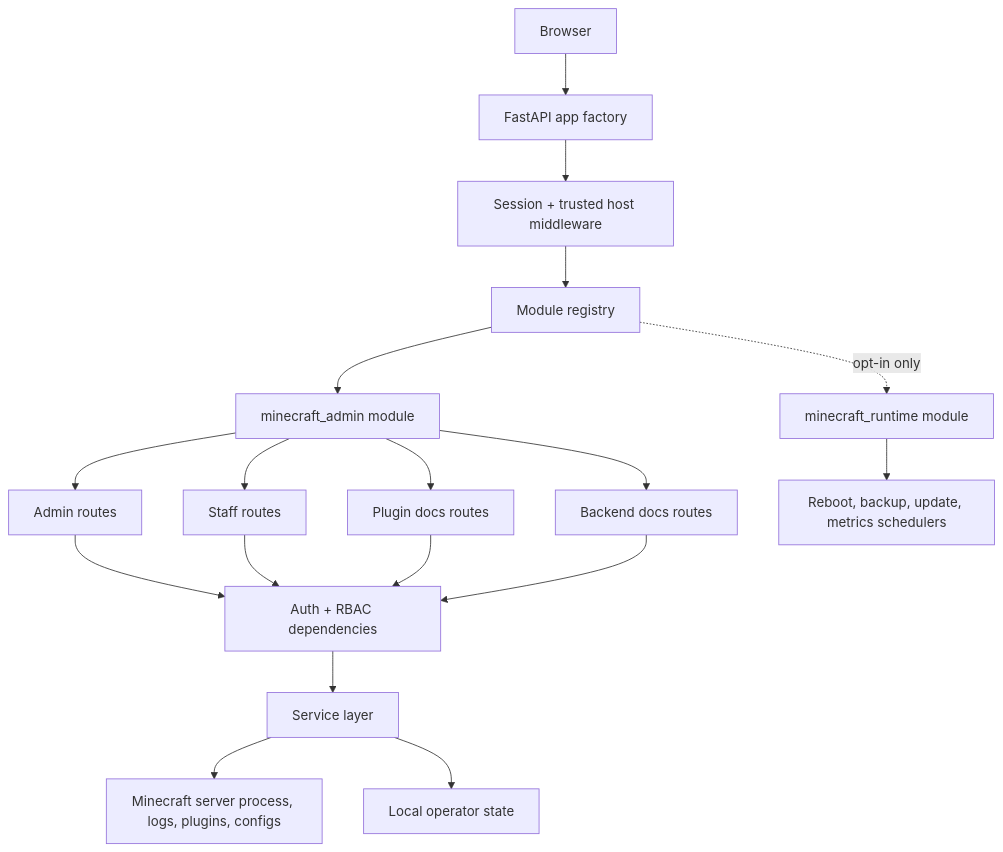
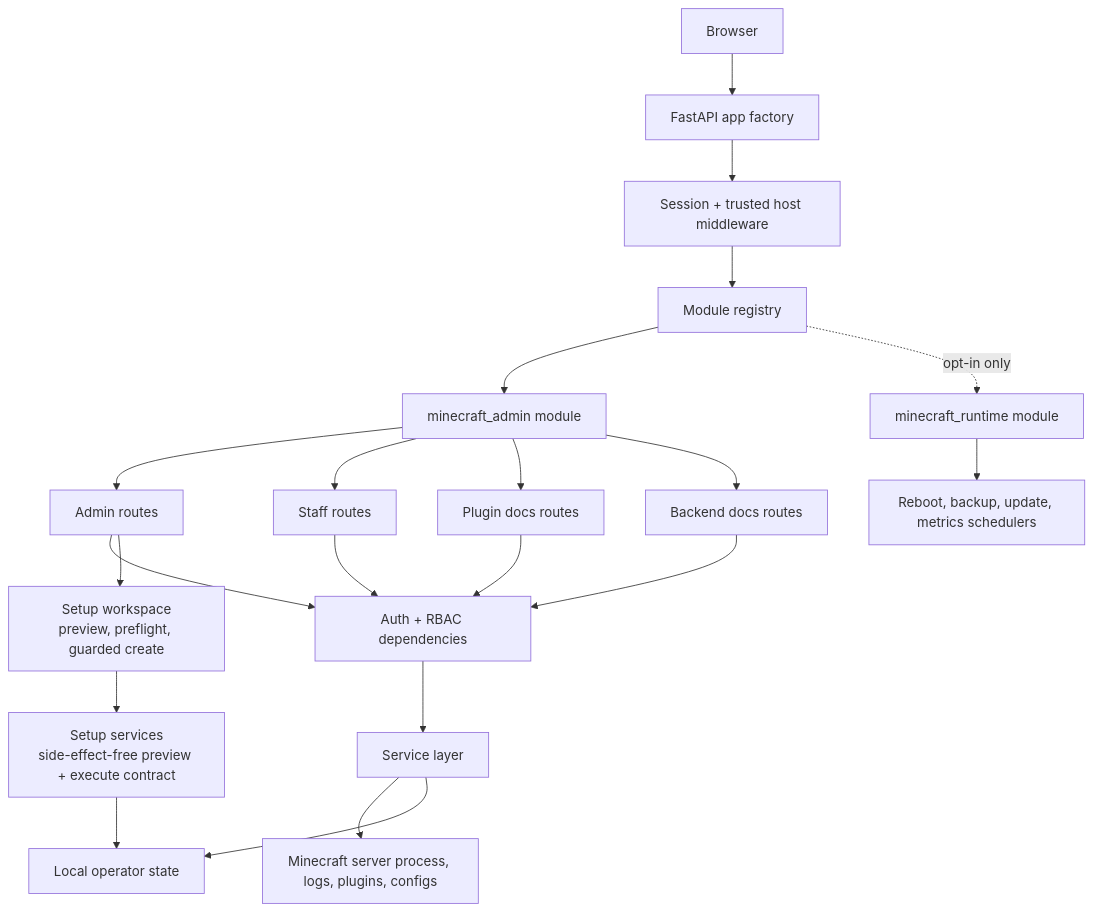
Before and after one commit to TodLop/CORA-Outpost: the second of 6 diagrams in README.md, drawn with Mermaid. The commit also changed other lines of this file and 19 other files, not shown here.

First line of the commit message:
Expose setup workspace in public extraction

````diff
--- a/README.md
+++ b/README.md
@@ -134,25 +138,28 @@
 ```mermaid
 flowchart TD
     Browser["Browser"] --> App["FastAPI app factory"]
     App --> Middleware["Session + trusted host middleware"]
     Middleware --> Registry["Module registry"]
 
     Registry --> AdminModule["minecraft_admin module"]
     Registry -. "opt-in only" .-> RuntimeModule["minecraft_runtime module"]
 
     AdminModule --> AdminRoutes["Admin routes"]
     AdminModule --> StaffRoutes["Staff routes"]
     AdminModule --> PluginDocs["Plugin docs routes"]
     AdminModule --> BackendDocs["Backend docs routes"]
 
     AdminRoutes --> Auth["Auth + RBAC dependencies"]
+    AdminRoutes --> SetupWorkspace["Setup workspace<br/>preview, preflight, guarded create"]
     StaffRoutes --> Auth
     PluginDocs --> Auth
     BackendDocs --> Auth
 
     Auth --> Services["Service layer"]
+    SetupWorkspace --> SetupServices["Setup services<br/>side-effect-free preview + execute contract"]
+    SetupServices --> LocalState
     Services --> Minecraft["Minecraft server process, logs, plugins, configs"]
     Services --> LocalState["Local operator state"]
 
     RuntimeModule --> Schedulers["Reboot, backup, update, metrics schedulers"]
 ```
````
